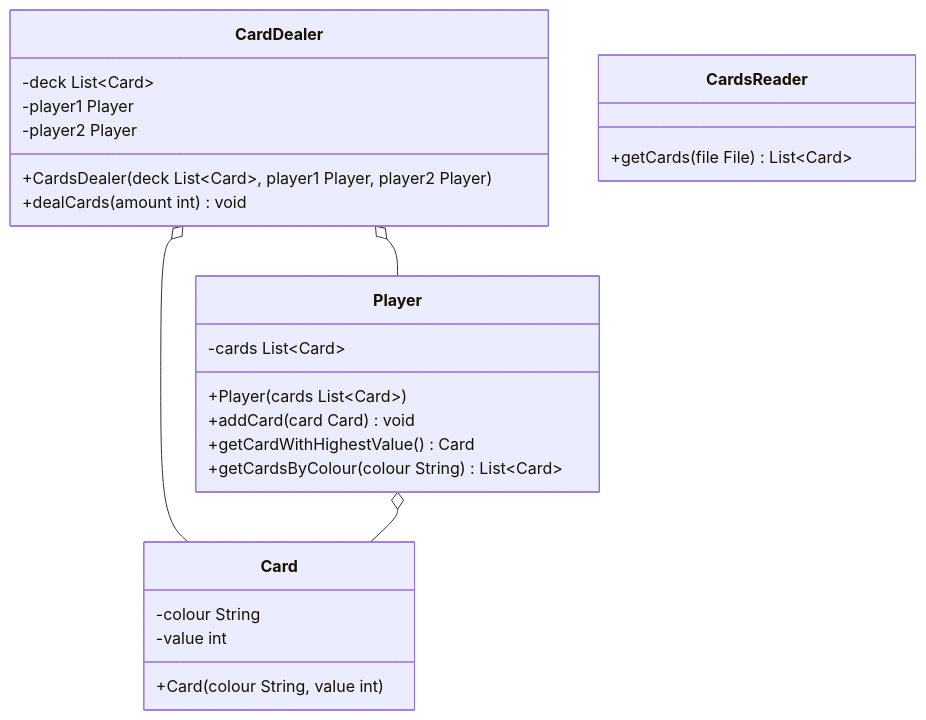
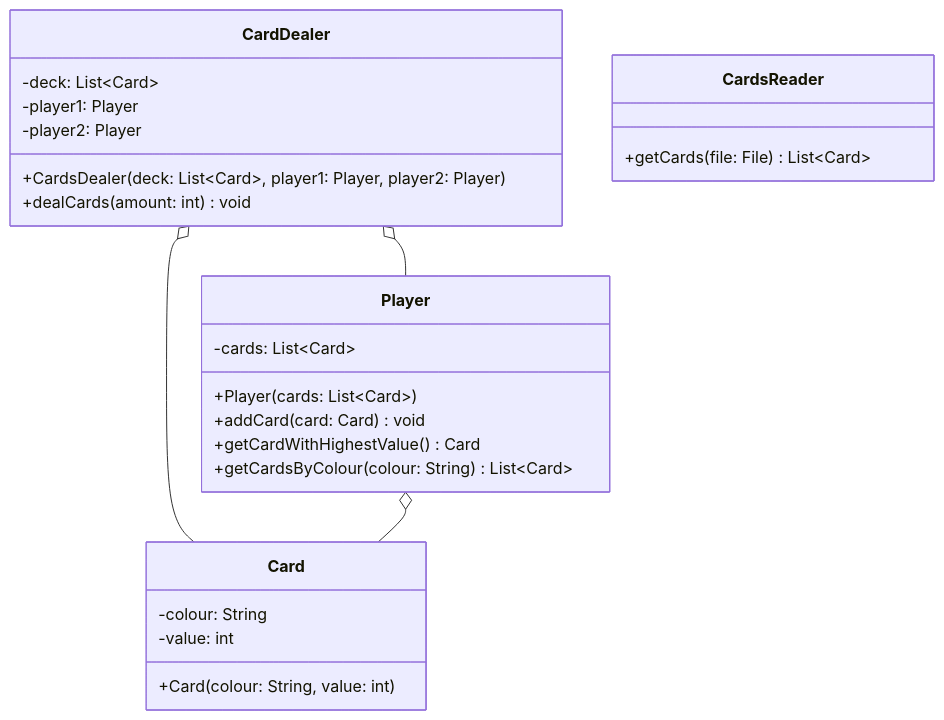
One commit to jappuccini/java-docs changed the diagram in docs/exam-exercises/exam-exercises-java1/cards-dealer.md. Above: the diagram before and after it, drawn with Mermaid. The commit also changed other lines of this file and 76 other files, not shown here.

Commit message:
uml fixes (colons, properties), headline fixes (italic) and exam result updates

````diff
--- a/docs/exam-exercises/exam-exercises-java1/cards-dealer.md
+++ b/docs/exam-exercises/exam-exercises-java1/cards-dealer.md
@@ -12,32 +12,32 @@
 ```mermaid
 classDiagram
     CardDealer o-- Player
     CardDealer o-- Card
     Player o-- Card
 
     class Player {
-        -cards List~Card~
-        +Player(cards List~Card~)
-        +addCard(card Card) void
+        -cards: List~Card~
+        +Player(cards: List~Card~)
+        +addCard(card: Card) void
         +getCardWithHighestValue() Card
-        +getCardsByColour(colour String) List~Card~
+        +getCardsByColour(colour: String) List~Card~
     }
 
     class CardDealer {
-        -deck List~Card~
-        -player1 Player
-        -player2 Player
-        +CardsDealer(deck List~Card~, player1 Player, player2 Player )
-        +dealCards(amount int) void
+        -deck: List~Card~
+        -player1: Player
+        -player2: Player
+        +CardsDealer(deck: List~Card~, player1: Player, player2: Player )
+        +dealCards(amount: int) void
     }
 
     class Card {
-        -colour String
-        -value int
-        +Card(colour String, value int)
+        -colour: String
+        -value: int
+        +Card(colour: String, value: int)
     }
 
     class CardsReader {
-        +getCards(file File) List~Card~
+        +getCards(file: File) List~Card~
     }
 ```
````
